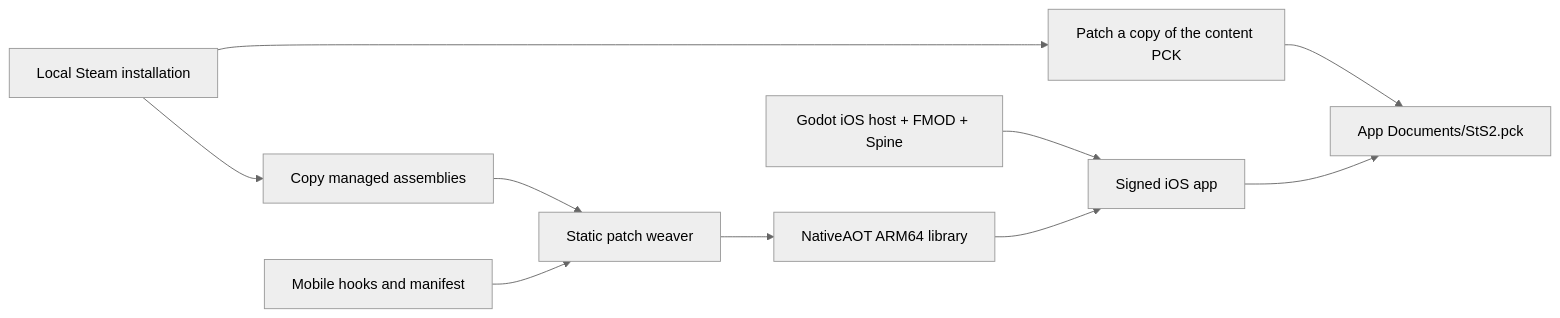
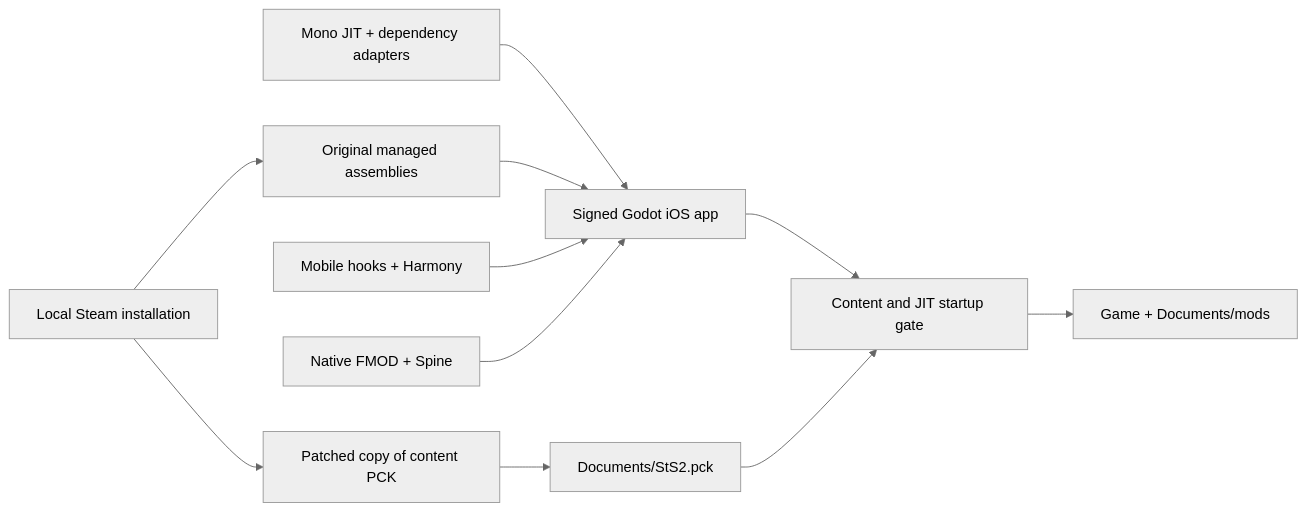
Before and after one commit to TheUnknownThing/StS2-Launcher-iOS: the diagram in docs/architecture.md, drawn with Mermaid (neutral theme). The commit also changed other lines of this file and 38 other files, not shown here.

Commit message:
refactor(ios): make Mono JIT the only runtime

````diff
--- a/docs/architecture.md
+++ b/docs/architecture.md
@@ -6,12 +6,13 @@
 ```mermaid
 flowchart LR
-    A[Local Steam installation] --> B[Copy managed assemblies]
-    B --> C[Static patch weaver]
-    H[Mobile hooks and manifest] --> C
-    C --> D[NativeAOT ARM64 library]
-    E[Godot iOS host + FMOD + Spine] --> F[Signed iOS app]
-    D --> F
-    A --> G[Patch a copy of the content PCK]
-    G --> I[App Documents/StS2.pck]
-    F --> I
+    A[Local Steam installation] --> B[Original managed assemblies]
+    C[Mono JIT + dependency adapters] --> D[Signed Godot iOS app]
+    B --> D
+    E[Mobile hooks + Harmony] --> D
+    F[Native FMOD + Spine] --> D
+    A --> G[Patched copy of content PCK]
+    G --> H[Documents/StS2.pck]
+    D --> I[Content and JIT startup gate]
+    H --> I
+    I --> J[Game + Documents/mods]
 ```
````
